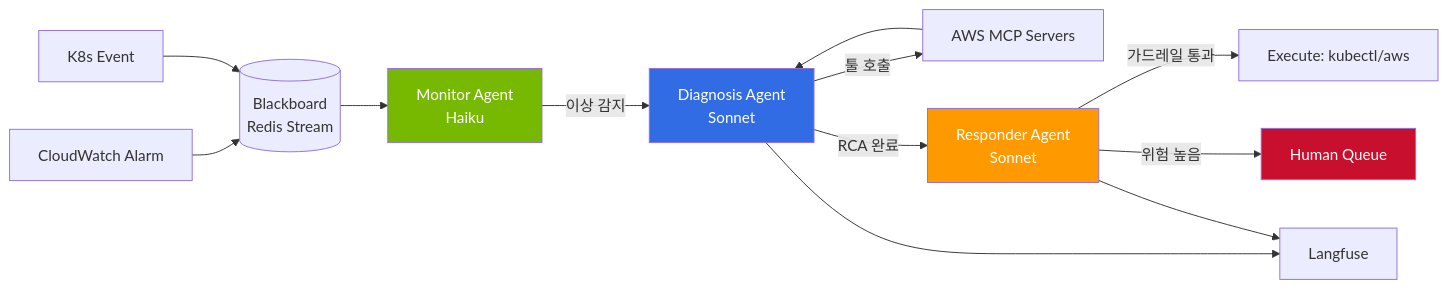
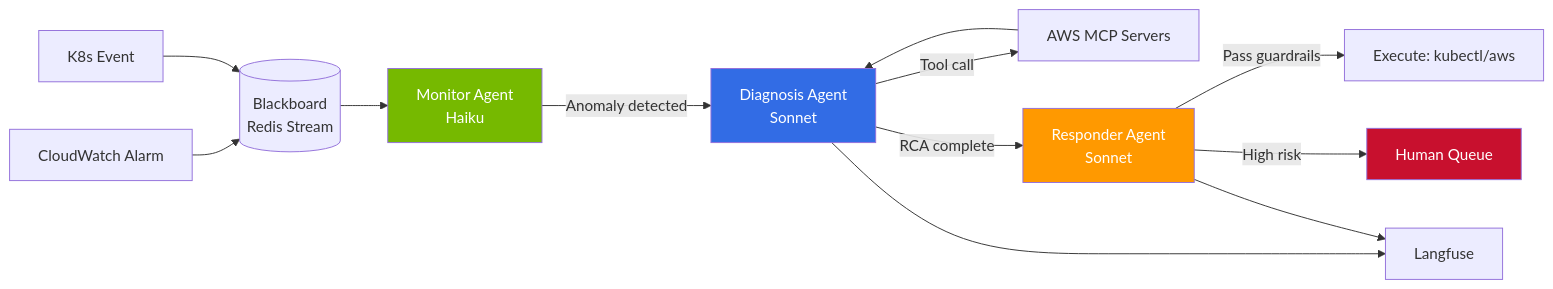
One commit to devfloor9/engineering-playbook changed the fifth of 5 diagrams in docs/aidlc/operations/multi-agent-collaboration.md. Above: the diagram before and after it, drawn with Mermaid. The commit also changed other lines of this file and 954 other files, not shown here.

````diff
--- a/docs/aidlc/operations/multi-agent-collaboration.md
+++ b/docs/aidlc/operations/multi-agent-collaboration.md
@@ -410,19 +414,19 @@
 ```mermaid
 flowchart LR
     CW[CloudWatch Alarm] --> BB[(Blackboard<br/>Redis Stream)]
     K8S[K8s Event] --> BB
     BB --> MON[Monitor Agent<br/>Haiku]
-    MON -->|이상 감지| DIAG[Diagnosis Agent<br/>Sonnet]
-    DIAG -->|툴 호출| MCP[AWS MCP Servers]
+    MON -->|Anomaly detected| DIAG[Diagnosis Agent<br/>Sonnet]
+    DIAG -->|Tool call| MCP[AWS MCP Servers]
     MCP --> DIAG
-    DIAG -->|RCA 완료| RESP[Responder Agent<br/>Sonnet]
-    RESP -->|가드레일 통과| EXEC[Execute: kubectl/aws]
-    RESP -->|위험 높음| HUMAN[Human Queue]
+    DIAG -->|RCA complete| RESP[Responder Agent<br/>Sonnet]
+    RESP -->|Pass guardrails| EXEC[Execute: kubectl/aws]
+    RESP -->|High risk| HUMAN[Human Queue]
     DIAG --> LF[Langfuse]
     RESP --> LF
 
     style MON fill:#76b900,color:#fff
     style DIAG fill:#326ce5,color:#fff
     style RESP fill:#ff9900,color:#fff
     style HUMAN fill:#c8102e,color:#fff
 ```
````
